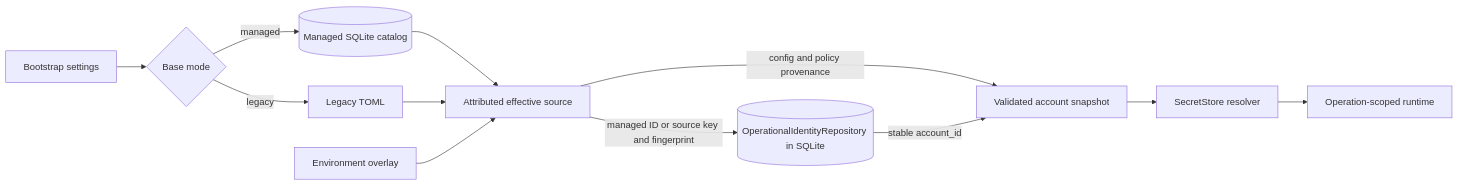
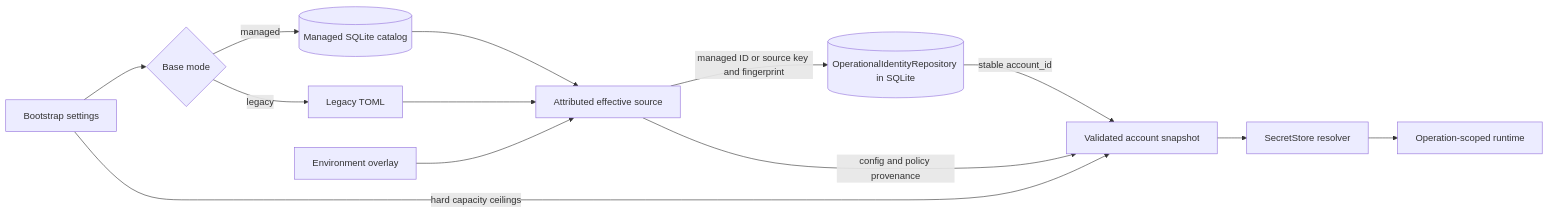
The first of 2 diagrams in spec/03-configuration-and-credentials.md (rrroyal/mcp-email-server-auth), drawn with Mermaid before and after one commit. The commit also changed other lines of this file and 8 other files, not shown here.

First line of the commit message:
docs(spec): refine local email app architecture (#208)

````diff
--- a/spec/03-configuration-and-credentials.md
+++ b/spec/03-configuration-and-credentials.md
@@ -43,25 +55,26 @@
 ```mermaid
 flowchart LR
     BOOT[Bootstrap settings]
     MODE{Base mode}
     DB[(Managed SQLite catalog)]
     TOML[Legacy TOML]
     ENV[Environment overlay]
     SOURCE[Attributed effective source]
     IDENTITY[(OperationalIdentityRepository in SQLite)]
     SNAPSHOT[Validated account snapshot]
     SECRETS[SecretStore resolver]
     RUNTIME[Operation-scoped runtime]
 
     BOOT --> MODE
     MODE -->|managed| DB
     MODE -->|legacy| TOML
     DB --> SOURCE
     TOML --> SOURCE
     ENV --> SOURCE
     SOURCE -->|managed ID or source key and fingerprint| IDENTITY
     SOURCE -->|config and policy provenance| SNAPSHOT
+    BOOT -->|hard capacity ceilings| SNAPSHOT
     IDENTITY -->|stable account_id| SNAPSHOT
     SNAPSHOT --> SECRETS
     SECRETS --> RUNTIME
 ```
````
